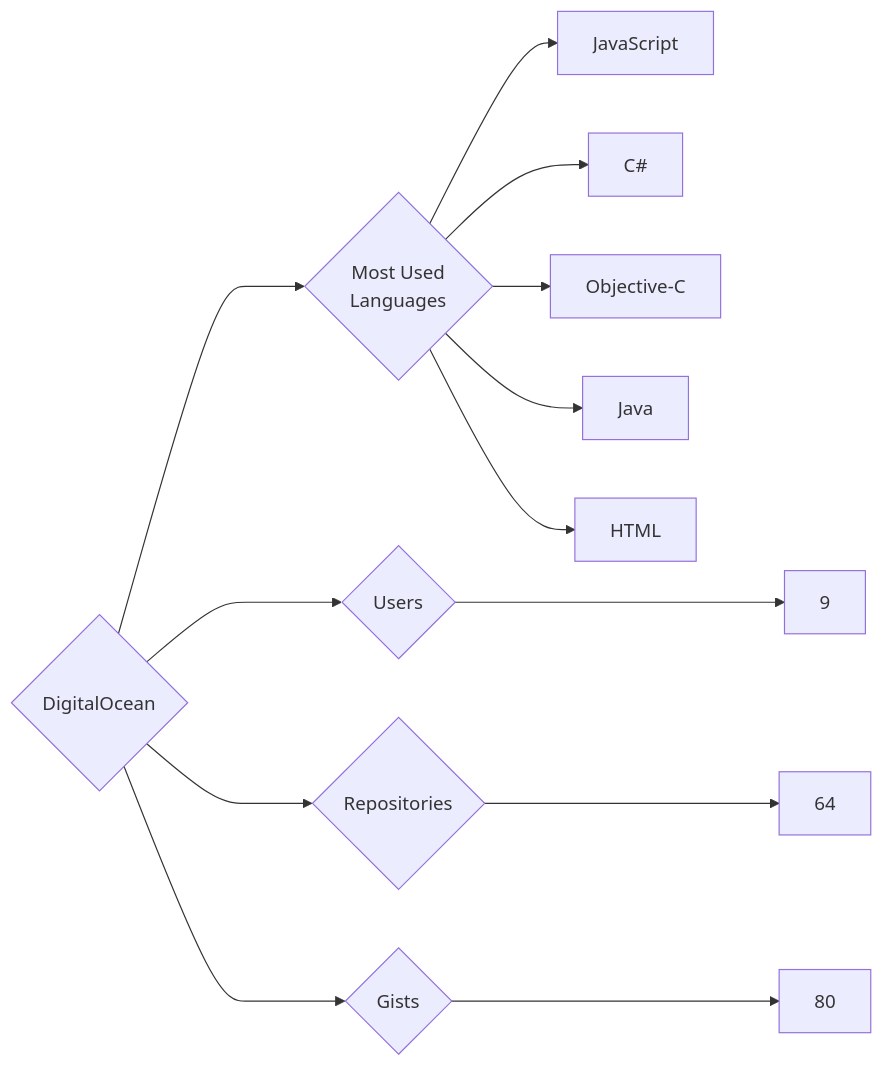
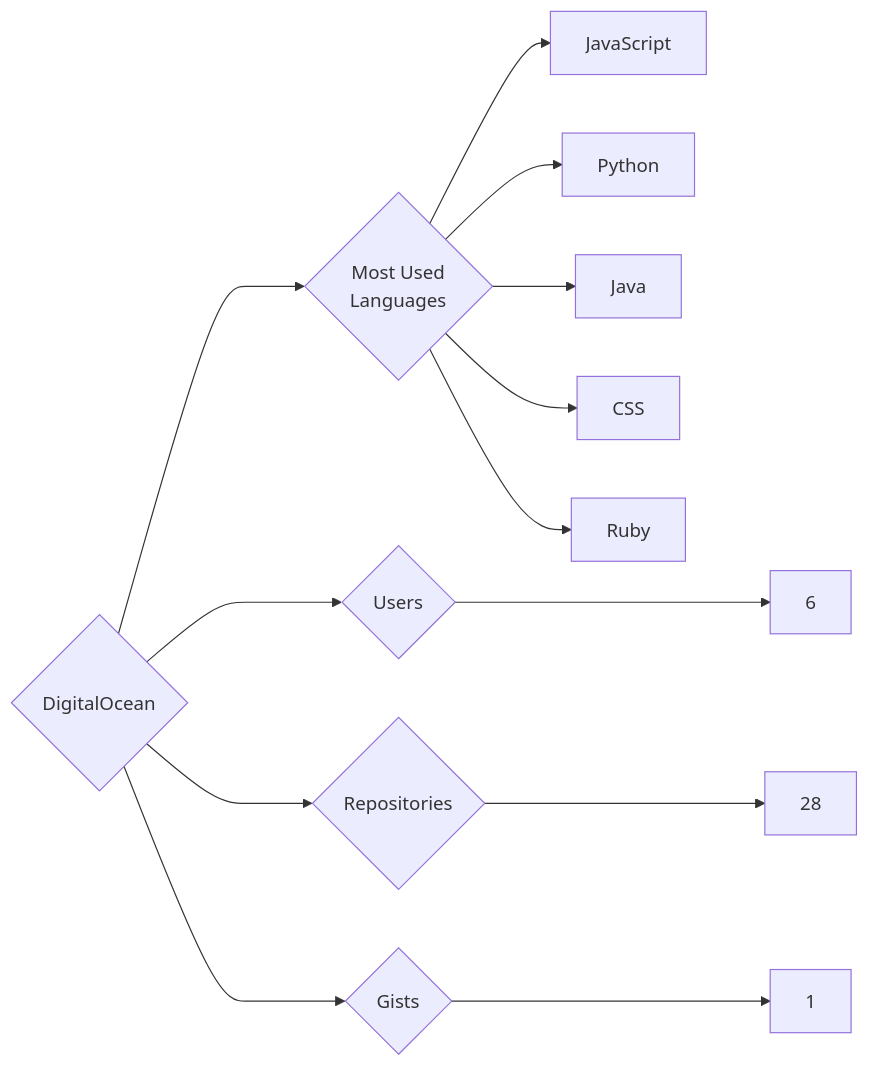
One commit to trickest/insiders changed the diagram in targets/DigitalOcean/README.md. Above: the diagram before and after it, drawn with Mermaid. The commit also changed 880 other files, not shown here.

````diff
--- a/targets/DigitalOcean/README.md
+++ b/targets/DigitalOcean/README.md
@@ -3,13 +3,13 @@
 ```mermaid
 graph LR
 COMPANY_NAME{DigitalOcean}
-COMPANY_NAME ---> U{Users} ---> UN[9]
-COMPANY_NAME ---> R{Repositories} ---> RN[64]
-COMPANY_NAME ---> G{Gists} ---> GN[80]
+COMPANY_NAME ---> U{Users} ---> UN[6]
+COMPANY_NAME ---> R{Repositories} ---> RN[28]
+COMPANY_NAME ---> G{Gists} ---> GN[1]
 COMPANY_NAME ---> ML{Most Used<br>Languages}
 ML --> JavaScript[JavaScript]
-ML --> C#[C#]
-ML --> Objective-C[Objective-C]
+ML --> Python[Python]
 ML --> Java[Java]
-ML --> HTML[HTML]
+ML --> CSS[CSS]
+ML --> Ruby[Ruby]
 ```
````
